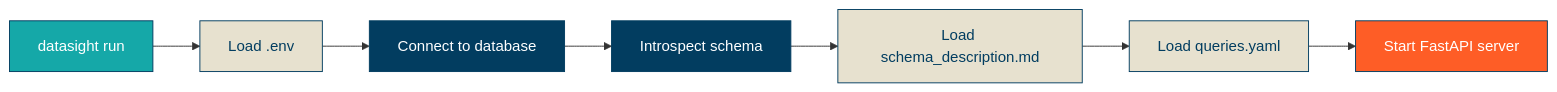
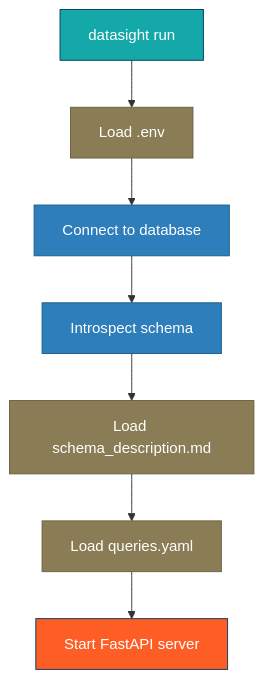
One commit to dsgrid/datasight changed the diagram in docs/end-user/quickstart.md. Above: the diagram before and after it, drawn with Mermaid. The commit also changed 9 other files, not shown here.

````diff
--- a/docs/end-user/quickstart.md
+++ b/docs/end-user/quickstart.md
@@ -150,17 +150,17 @@
 ```mermaid
-flowchart LR
+flowchart TB
     A[datasight run] --> B[Load .env]
     B --> C[Connect to database]
     C --> D[Introspect schema]
     D --> E[Load schema_description.md]
     E --> F[Load queries.yaml]
     F --> G[Start FastAPI server]
 
     style A fill:#15a8a8,stroke:#023d60,color:#fff
-    style B fill:#e7e1cf,stroke:#023d60,color:#023d60
-    style C fill:#023d60,stroke:#023d60,color:#fff
-    style D fill:#023d60,stroke:#023d60,color:#fff
-    style E fill:#e7e1cf,stroke:#023d60,color:#023d60
-    style F fill:#e7e1cf,stroke:#023d60,color:#023d60
+    style B fill:#8a7d55,stroke:#6b6040,color:#fff
+    style C fill:#2e7ebb,stroke:#1a5c8a,color:#fff
+    style D fill:#2e7ebb,stroke:#1a5c8a,color:#fff
+    style E fill:#8a7d55,stroke:#6b6040,color:#fff
+    style F fill:#8a7d55,stroke:#6b6040,color:#fff
     style G fill:#fe5d26,stroke:#023d60,color:#fff
 ```
````
